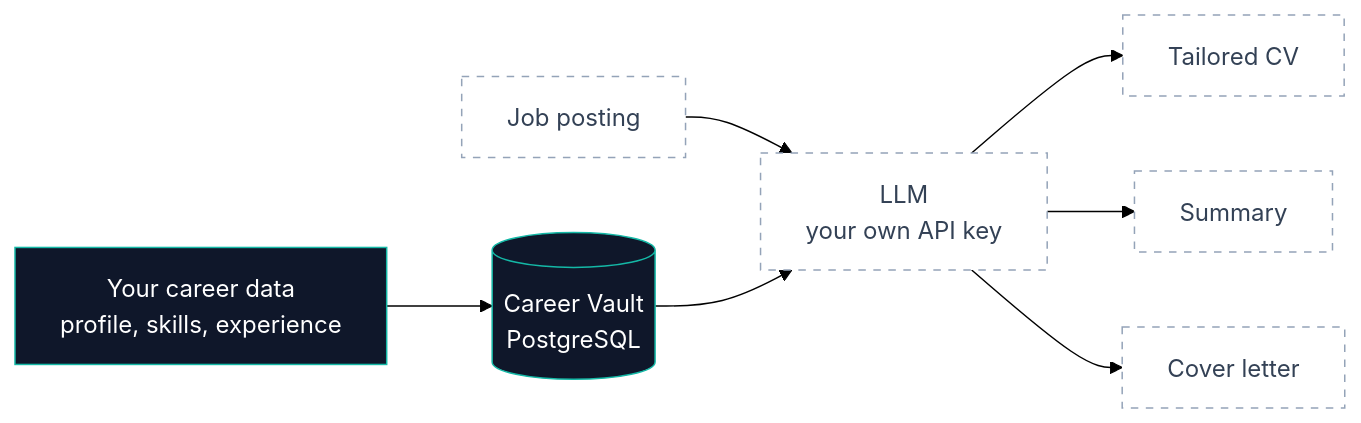
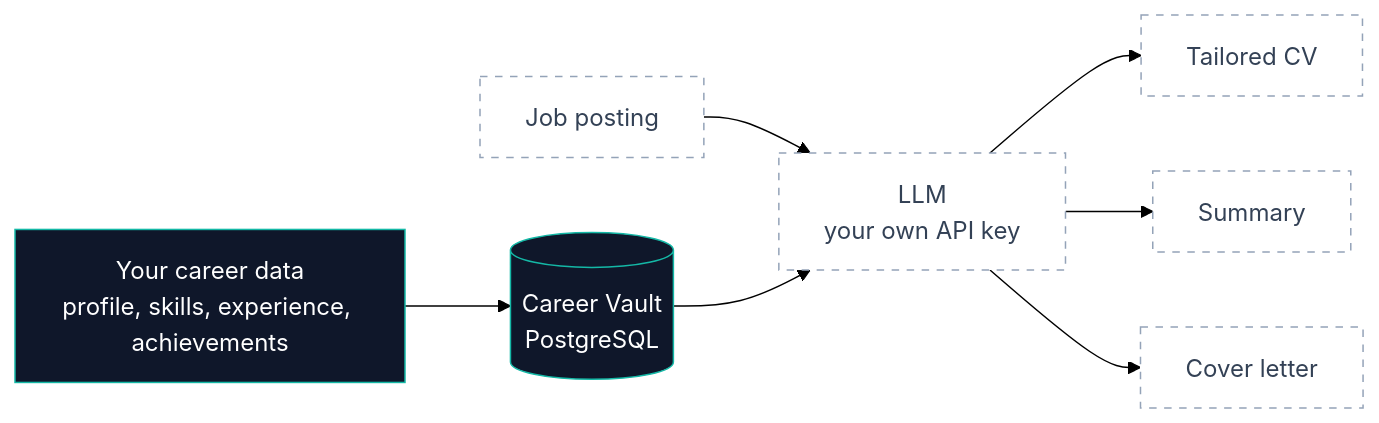
Before and after one commit to GioStack/career-copilot: the first of 2 diagrams in README.md, drawn with Mermaid (forest theme). The commit also changed other lines of this file, not shown here.

````diff
--- a/README.md
+++ b/README.md
@@ -15,14 +15,14 @@
 ```mermaid
 flowchart LR
-    A["Your career data<br/>profile, skills, experience"] --> B[("Career Vault<br/>PostgreSQL")]
+    A["Your career data<br/>profile, skills, experience, achievements"] --> B[("Career Vault<br/>PostgreSQL")]
     J["Job posting"] --> C["LLM<br/>your own API key"]
     B --> C
     C --> D["Tailored CV"]
     C --> E["Summary"]
     C --> F["Cover letter"]
 
     classDef done fill:#0F172A,stroke:#14B8A6,color:#fff
     classDef next fill:#fff,stroke:#94A3B8,color:#334155,stroke-dasharray: 5 5
     class A,B done
     class J,C,D,E,F next
 ```
````
